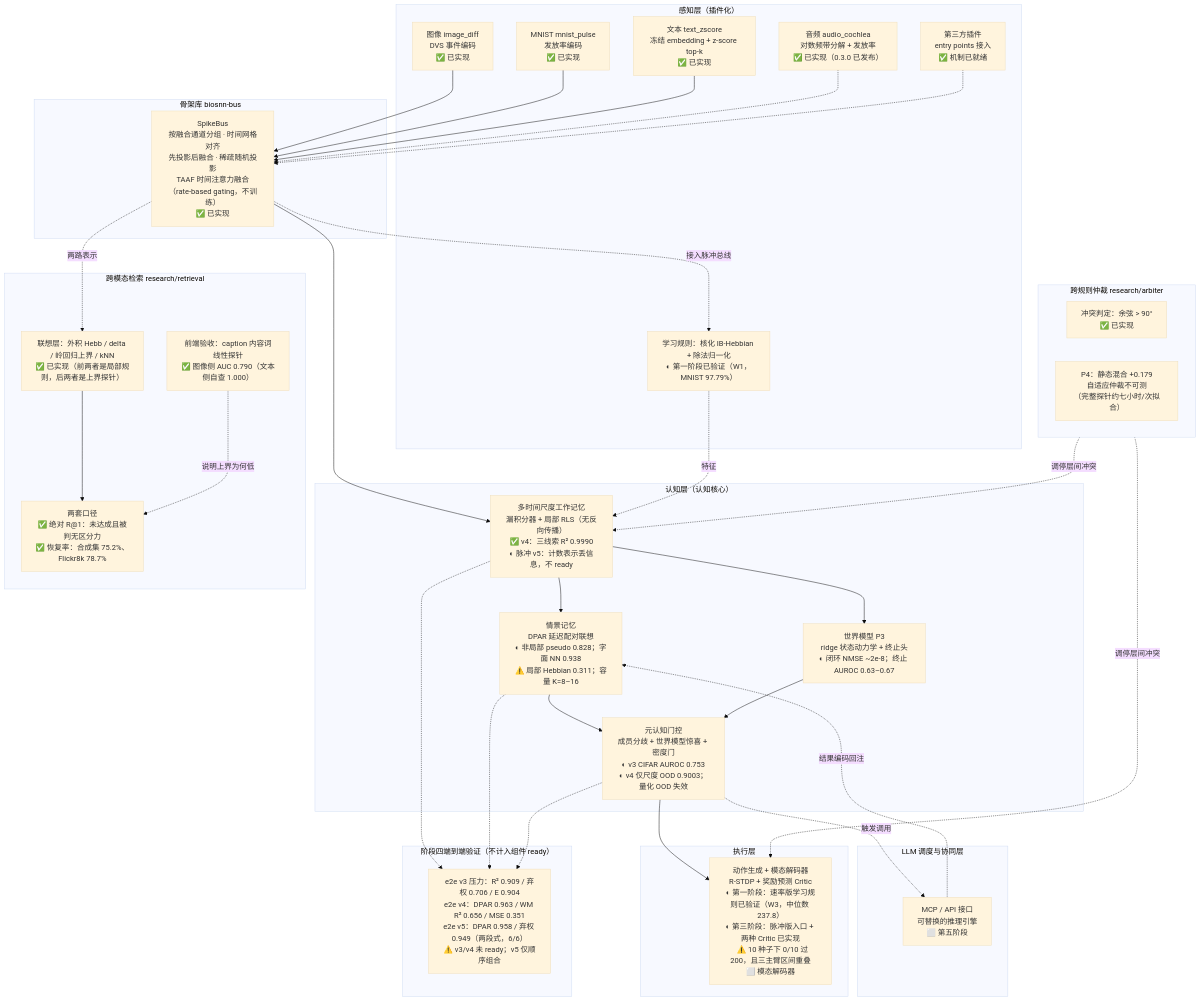
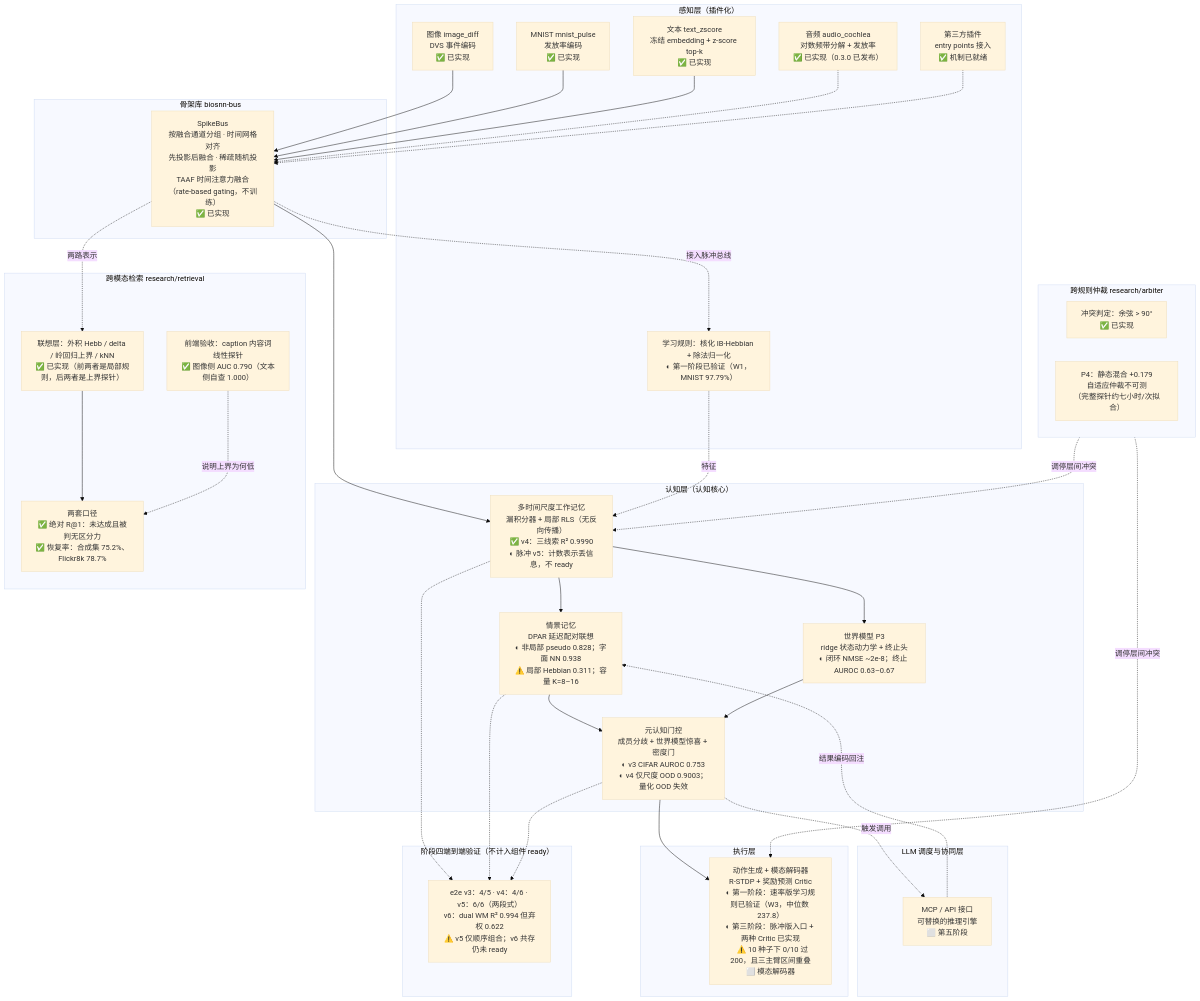
One commit to lzmd-arch/BioSNN-Plug changed the diagram in README.md. Above: the diagram before and after it, drawn with Mermaid (base theme). The commit also changed other lines of this file and 8 other files, not shown here.

````diff
--- a/README.md
+++ b/README.md
@@ -125,71 +125,71 @@
 ```mermaid
 flowchart TB
     subgraph L5["LLM 调度与协同层"]
         MCP["MCP / API 接口<br/>可替换的推理引擎<br/>⬜ 第五阶段"]
     end
 
     subgraph L4["执行层"]
         ACT["动作生成 + 模态解码器<br/>R-STDP + 奖励预测 Critic<br/>◐ 第一阶段：速率版学习规则已验证（W3，中位数 237.8）<br/>◐ 第三阶段：脉冲版入口 + 两种 Critic 已实现<br/>&nbsp;&nbsp;&nbsp;⚠️ 10 种子下 0/10 过 200，且三主臂区间重叠<br/>⬜ 模态解码器"]
     end
 
     subgraph L3["认知层（认知核心）"]
         WM["多时间尺度工作记忆<br/>漏积分器 + 局部 RLS（无反向传播）<br/>✅ v4：三线索 R² 0.9990<br/>◐ 脉冲 v5：计数表示丢信息，不 ready"]
         EM["情景记忆<br/>DPAR 延迟配对联想<br/>◐ 非局部 pseudo 0.828；字面 NN 0.938<br/>⚠️ 局部 Hebbian 0.311；容量 K=8–16"]
         MG["元认知门控<br/>成员分歧 + 世界模型惊喜 + 密度门<br/>◐ v3 CIFAR AUROC 0.753<br/>◐ v4 仅尺度 OOD 0.9003；量化 OOD 失效"]
         WMODEL["世界模型 P3<br/>ridge 状态动力学 + 终止头<br/>◐ 闭环 NMSE ~2e-8；终止 AUROC 0.63–0.67"]
     end
 
     subgraph ARB["跨规则仲裁 research/arbiter"]
         CF["冲突判定：余弦 > 90°<br/>✅ 已实现"]
         ES["P4：静态混合 +0.179<br/>自适应仲裁不可测<br/>（完整探针约七小时/次拟合）"]
     end
 
     subgraph L2["骨架库 biosnn-bus"]
         BUS["SpikeBus<br/>按融合通道分组 · 时间网格对齐<br/>先投影后融合 · 稀疏随机投影<br/>TAAF 时间注意力融合（rate-based gating，不训练）<br/>✅ 已实现"]
     end
 
     subgraph L1["感知层（插件化）"]
         IMG["图像 image_diff<br/>DVS 事件编码<br/>✅ 已实现"]
         MN["MNIST mnist_pulse<br/>发放率编码<br/>✅ 已实现"]
         TXT["文本 text_zscore<br/>冻结 embedding + z-score top-k<br/>✅ 已实现"]
         AUD["音频 audio_cochlea<br/>对数频带分解 + 发放率<br/>✅ 已实现（0.3.0 已发布）"]
         THIRD["第三方插件<br/>entry points 接入<br/>✅ 机制已就绪"]
         HEB["学习规则：核化 IB-Hebbian + 除法归一化<br/>◐ 第一阶段已验证（W1，MNIST 97.79%）"]
     end
 
     IMG --> BUS
     MN --> BUS
     TXT --> BUS
     AUD -.-> BUS
     THIRD -.-> BUS
 
     BUS --> WM
     BUS -.->|接入脉冲总线| HEB
     HEB -.->|特征| WM
     WM --> EM
     WM --> WMODEL
     EM --> MG
     WMODEL --> MG
     MG --> ACT
     MG -.->|触发调用| MCP
     MCP -.->|结果编码回注| EM
     ARB -.->|调停层间冲突| WM
     ARB -.->|调停层间冲突| ACT
 
     subgraph W4["跨模态检索 research/retrieval"]
         FAC["联想层：外积 Hebb / delta / 岭回归上界 / kNN<br/>✅ 已实现（前两者是局部规则，后两者是上界探针）"]
         CRIT["两套口径<br/>✅ 绝对 R@1：未达成且被判无区分力<br/>✅ 恢复率：合成集 75.2%、Flickr8k 78.7%"]
         FE["前端验收：caption 内容词线性探针<br/>✅ 图像侧 AUC 0.790（文本侧自查 1.000）"]
     end
 
     BUS -.->|两路表示| FAC
     FAC --> CRIT
     FE -.->|说明上界为何低| CRIT
 
     subgraph S4["阶段四端到端验证（不计入组件 ready）"]
-        E2E["e2e v3 压力：R² 0.909 / 弃权 0.706 / E 0.904<br/>e2e v4：DPAR 0.963 / WM R² 0.656 / MSE 0.351<br/>e2e v5：DPAR 0.958 / 弃权 0.949（两段式，6/6）<br/>⚠️ v3/v4 未 ready；v5 仅顺序组合"]
+        E2E["e2e v3：4/5 · v4：4/6 · v5：6/6（两段式）<br/>v6：dual WM R² 0.994 但弃权 0.622<br/>⚠️ v5 仅顺序组合；v6 共存仍未 ready"]
     end
     WM -.-> E2E
     EM -.-> E2E
     MG -.-> E2E
 ```
````
